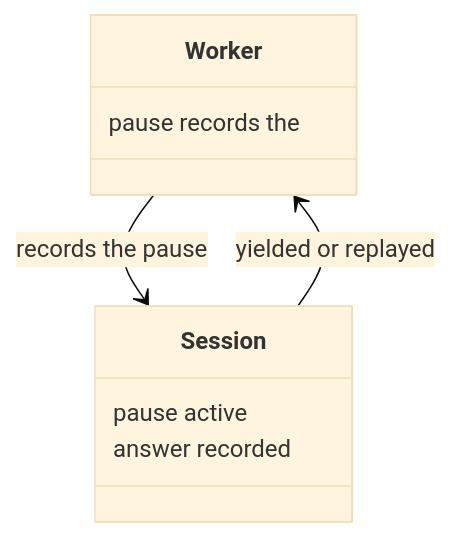
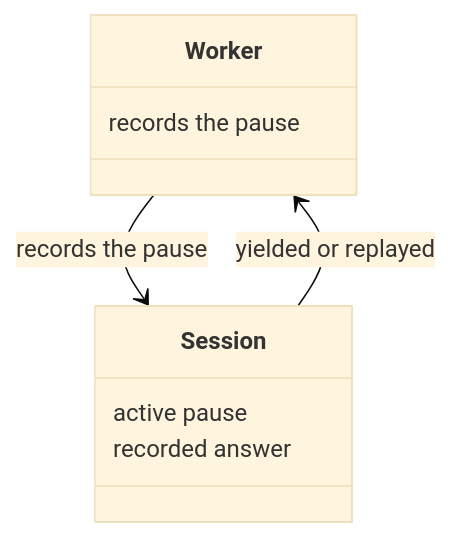
One commit to m2ux/workflow-server changed the fourth of 22 diagrams in docs/checkpoint.md. Above: the diagram before and after it, drawn with Mermaid (base theme). The commit also changed other lines of this file and 10 other files, not shown here.

Commit message:
Write each class-box note in reading order so the diagram shows the phrase as written.

````diff
--- a/docs/checkpoint.md
+++ b/docs/checkpoint.md
@@ -83,12 +83,12 @@
 ```mermaid
 classDiagram
   class Worker {
-    pause records the
+    records the pause
   }
   class Session {
-    pause active
-    answer recorded
+    active pause
+    recorded answer
   }
   Worker --> Session : records the pause
   Session --> Worker : yielded or replayed
 ```
````
